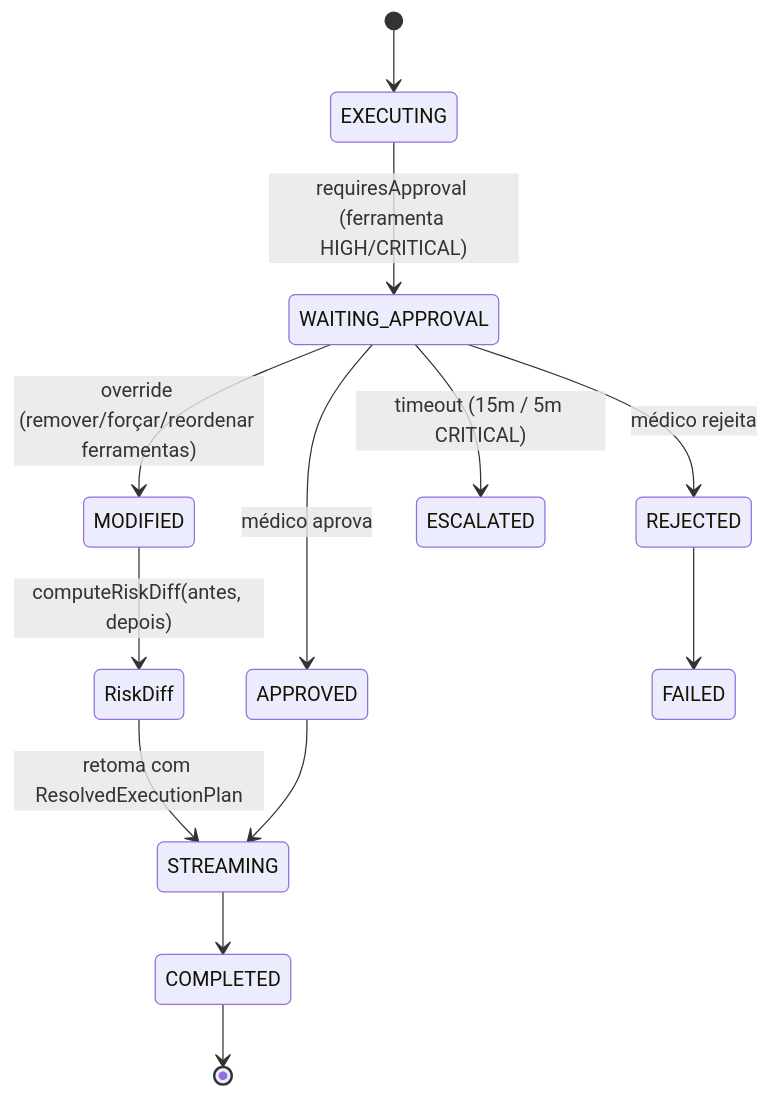
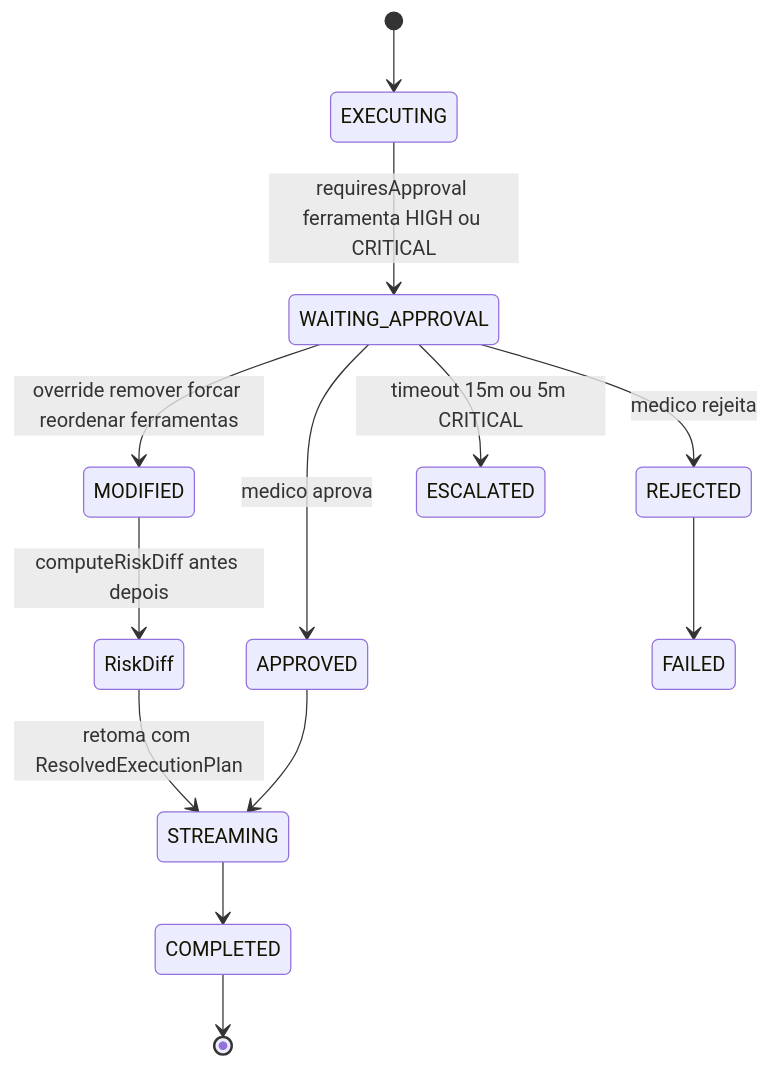
One commit to vdfs89/Aether_Oncology changed the fourth of 4 diagrams in README.pt-br.md. Above: the diagram before and after it, drawn with Mermaid. The commit also changed other lines of this file and 1 other file, not shown here.

First line of the commit message:
docs(readme): fix Mermaid diagrams not rendering on GitHub

````diff
--- a/README.pt-br.md
+++ b/README.pt-br.md
@@ -318,15 +318,15 @@
 ```mermaid
 stateDiagram-v2
     [*] --> EXECUTING
-    EXECUTING --> WAITING_APPROVAL: requiresApproval (ferramenta HIGH/CRITICAL)
-    WAITING_APPROVAL --> APPROVED: médico aprova
-    WAITING_APPROVAL --> REJECTED: médico rejeita
-    WAITING_APPROVAL --> MODIFIED: override (remover/forçar/reordenar ferramentas)
-    WAITING_APPROVAL --> ESCALATED: timeout (15m / 5m CRITICAL)
-    MODIFIED --> RiskDiff: computeRiskDiff(antes, depois)
+    EXECUTING --> WAITING_APPROVAL: requiresApproval ferramenta HIGH ou CRITICAL
+    WAITING_APPROVAL --> APPROVED: medico aprova
+    WAITING_APPROVAL --> REJECTED: medico rejeita
+    WAITING_APPROVAL --> MODIFIED: override remover forcar reordenar ferramentas
+    WAITING_APPROVAL --> ESCALATED: timeout 15m ou 5m CRITICAL
+    MODIFIED --> RiskDiff: computeRiskDiff antes depois
     RiskDiff --> STREAMING: retoma com ResolvedExecutionPlan
     APPROVED --> STREAMING
     REJECTED --> FAILED
     STREAMING --> COMPLETED
     COMPLETED --> [*]
 ```
````
